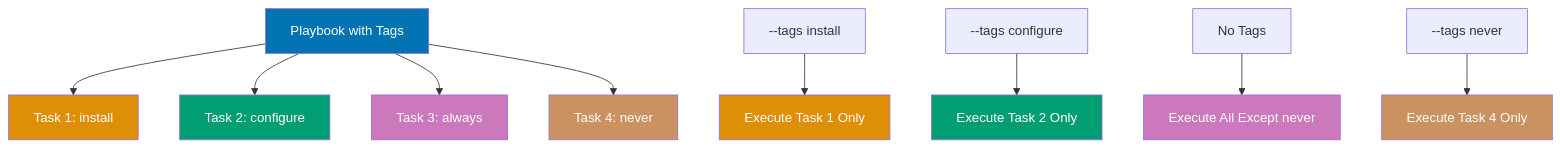
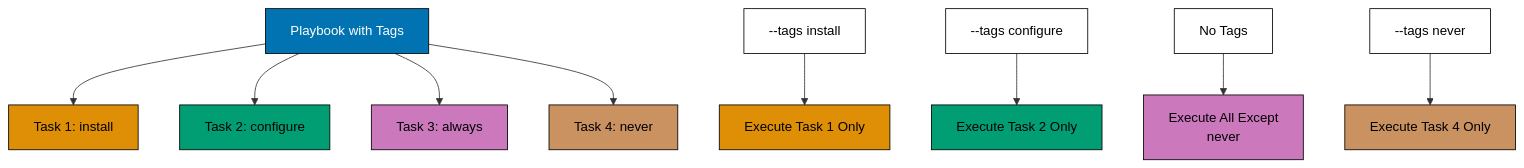
Before and after one commit to wahidyankf/ose-public: diagram 11 of 11 in apps/ayokoding-www/content/en/learn/legacy/software-engineering/infrastructure/tools/ansible/by-example/intermediate.md, drawn with Mermaid. The commit also changed other lines of this file and 131 other files, not shown here.

First line of the commit message:
fix(mermaid): bring the legacy data, infrastructure, and testing diagrams onto the accessible palette

````diff
--- a/apps/ayokoding-www/content/en/learn/legacy/software-engineering/infrastructure/tools/ansible/by-example/intermediate.md
+++ b/apps/ayokoding-www/content/en/learn/legacy/software-engineering/infrastructure/tools/ansible/by-example/intermediate.md
@@ -3805,23 +3879,31 @@
 ```mermaid
 %% Color Palette: Blue #0173B2, Orange #DE8F05, Teal #029E73, Purple #CC78BC, Brown #CA9161
 graph TD
+ accTitle: Example 51: Task Tagging Basics
+ accDescr: Graph with 14 nodes and 11 connections. Nodes: Playbook with Tags, Task 1: install, Task 2: configure, Task 3: always, Task 4: never, F, tags, Execute Task 1 Only, H, Execute Task 2 Only, No Tags, Execute All Except never, and 2 more. Connections: Playbook with Tags to Task 1: install, Playbook with Tags to Task 2: configure, Playbook with Tags to Task 3: always, Playbook with Tags to Task 4: never, F to tags, tags to Execute Task 1 Only, H to tags, tags to Execute Task 2 Only, No Tags to Execute All Except never, L to tags, tags to Execute Task 4 Only.
  A["Playbook with Tags"] --> B["Task 1: install"]
  A --> C["Task 2: configure"]
  A --> D["Task 3: always"]
  A --> E["Task 4: never"]
 
  F["--tags install"] --> G["Execute Task 1 Only"]
  H["--tags configure"] --> I["Execute Task 2 Only"]
- J["No Tags"] --> K["Execute All Except never"]
+ J["No Tags"] --> K["Execute All Except<br/>never"]
  L["--tags never"] --> M["Execute Task 4 Only"]
 
- style A fill:#0173B2,color:#fff
- style B fill:#DE8F05,color:#fff
- style C fill:#029E73,color:#fff
- style D fill:#CC78BC,color:#fff
- style E fill:#CA9161,color:#fff
- style G fill:#DE8F05,color:#fff
- style I fill:#029E73,color:#fff
- style K fill:#CC78BC,color:#fff
- style M fill:#CA9161,color:#fff
+ classDef pal-0173B2 fill:#0173B2,stroke:#000000,color:#FFFFFF
+ class A pal-0173B2
+ classDef pal-DE8F05 fill:#DE8F05,stroke:#000000,color:#000000
+ class B pal-DE8F05
+ classDef pal-029E73 fill:#029E73,stroke:#000000,color:#000000
+ class C pal-029E73
+ classDef pal-CC78BC fill:#CC78BC,stroke:#000000,color:#000000
+ class D pal-CC78BC
+ classDef pal-CA9161 fill:#CA9161,stroke:#000000,color:#000000
+ class E pal-CA9161
+ class G pal-DE8F05
+ class I pal-029E73
+ class K pal-CC78BC
+ class M pal-CA9161
+ classDef default fill:#FFFFFF,stroke:#000000,color:#000000
 ```
````
